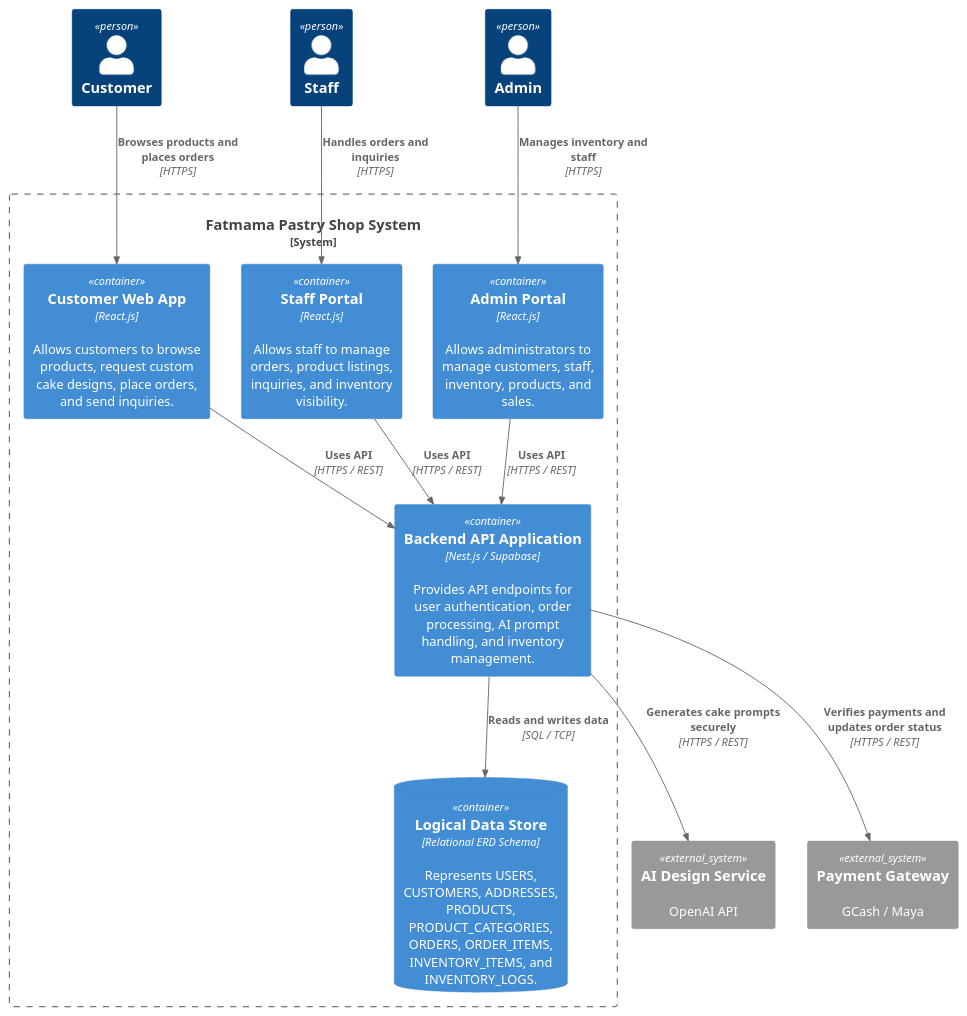
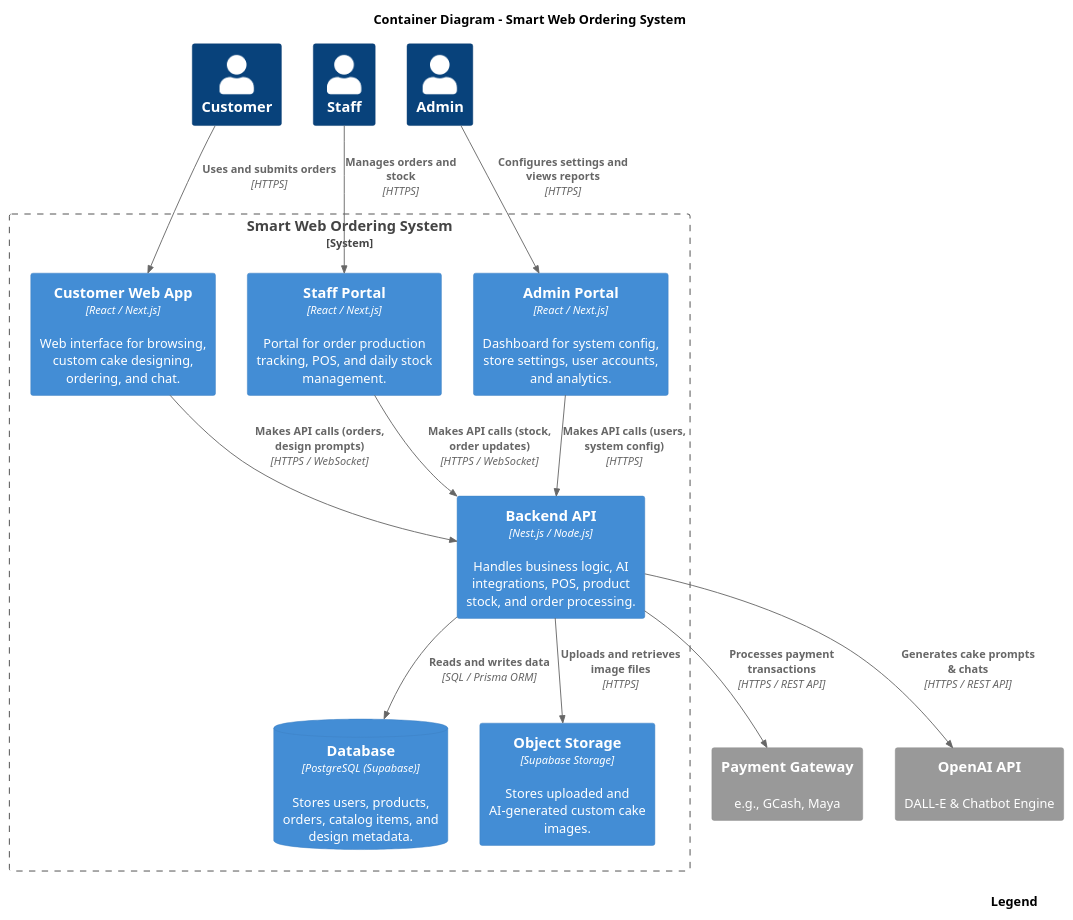
One commit to APC-SoCIT/APC-2026-2027-T1-IT241-Grp7-Smart-Web-Order-System-for-Mama-Co changed the diagram in PBL/MSYADD/CONTAINER DIAGRAM.puml. Above: the diagram before and after it, drawn with PlantUML.

Commit message:
Revise container diagram for Smart Web Ordering System
Updated the container diagram to reflect changes in the system architecture, including new containers and relationships.

```diff
--- a/PBL/MSYADD/CONTAINER DIAGRAM.puml
+++ b/PBL/MSYADD/CONTAINER DIAGRAM.puml
@@ -1,31 +1,60 @@
-@startuml ContainerDiagram
+@startuml
 !include https://raw.githubusercontent.com/plantuml-stdlib/C4-PlantUML/master/C4_Container.puml
 
-Person(customer, "Customer")
-Person(staff, "Staff")
-Person(admin, "Admin")
+LAYOUT_TOP_DOWN()
+SHOW_LEGEND()
 
-System_Boundary(c1, "Fatmama Pastry Shop System") {
-    Container(customerApp, "Customer Web App", "React.js", "Allows customers to browse products, request custom cake designs, place orders, and send inquiries.")
-    Container(staffPortal, "Staff Portal", "React.js", "Allows staff to manage orders, product listings, inquiries, and inventory visibility.")
-    Container(adminPortal, "Admin Portal", "React.js", "Allows administrators to manage customers, staff, inventory, products, and sales.")
-    Container(apiApp, "Backend API Application", "Nest.js / Supabase", "Provides API endpoints for user authentication, order processing, AI prompt handling, and inventory management.")
-    ContainerDb(logicalDb, "Logical Data Store", "Relational ERD Schema", "Represents USERS, CUSTOMERS, ADDRESSES, PRODUCTS, PRODUCT_CATEGORIES, ORDERS, ORDER_ITEMS, INVENTORY_ITEMS, and INVENTORY_LOGS.")
+title Container Diagram - Smart Web Ordering System
+
+' Actors (Top Tier)
+together {
+    Person(customer, "Customer")
+    Person(staff, "Staff")
+    Person(admin, "Admin")
 }
 
-System_Ext(aiDesign, "AI Design Service", "OpenAI API")
-System_Ext(paymentGateway, "Payment Gateway", "GCash / Maya")
+' System Boundary
+System_Boundary(smart_ordering_system, "Smart Web Ordering System") {
 
-Rel(customer, customerApp, "Browses products and places orders", "HTTPS")
-Rel(staff, staffPortal, "Handles orders and inquiries", "HTTPS")
-Rel(admin, adminPortal, "Manages inventory and staff", "HTTPS")
+    ' Front-End Containers
+    together {
+        Container(customer_web_app, "Customer Web App", "React / Next.js", "Web interface for browsing, custom cake designing, ordering, and chat.")
+        Container(staff_portal, "Staff Portal", "React / Next.js", "Portal for order production tracking, POS, and daily stock management.")
+        Container(admin_portal, "Admin Portal", "React / Next.js", "Dashboard for system config, store settings, user accounts, and analytics.")
+    }
 
-Rel(customerApp, apiApp, "Uses API", "HTTPS / REST")
-Rel(staffPortal, apiApp, "Uses API", "HTTPS / REST")
-Rel(adminPortal, apiApp, "Uses API", "HTTPS / REST")
+    ' Core Backend Container
+    Container(backend_api, "Backend API", "Nest.js / Node.js", "Handles business logic, AI integrations, POS, product stock, and order processing.")
 
-Rel(apiApp, logicalDb, "Reads and writes data", "SQL / TCP")
-Rel(apiApp, aiDesign, "Generates cake prompts securely", "HTTPS / REST")
-Rel(apiApp, paymentGateway, "Verifies payments and updates order status", "HTTPS / REST")
+    ' Storage Containers
+    together {
+        ContainerDb(database, "Database", "PostgreSQL (Supabase)", "Stores users, products, orders, catalog items, and design metadata.")
+        Container(object_storage, "Object Storage", "Supabase Storage", "Stores uploaded and AI-generated custom cake images.")
+    }
+}
+
+' External Systems
+together {
+    System_Ext(payment_gateway, "Payment Gateway", "e.g., GCash, Maya")
+    System_Ext(openai_api, "OpenAI API", "DALL-E & Chatbot Engine")
+}
+
+' Actor to Frontend Interactions
+Rel_Down(customer, customer_web_app, "Uses and submits orders", "HTTPS")
+Rel_Down(staff, staff_portal, "Manages orders and stock", "HTTPS")
+Rel_Down(admin, admin_portal, "Configures settings and views reports", "HTTPS")
+
+' Frontend to Backend Interactions
+Rel_Down(customer_web_app, backend_api, "Makes API calls (orders, design prompts)", "HTTPS / WebSocket")
+Rel_Down(staff_portal, backend_api, "Makes API calls (stock, order updates)", "HTTPS / WebSocket")
+Rel_Down(admin_portal, backend_api, "Makes API calls (users, system config)", "HTTPS")
+
+' Backend to Storage Interactions
+Rel_Down(backend_api, database, "Reads and writes data", "SQL / Prisma ORM")
+Rel_Down(backend_api, object_storage, "Uploads and retrieves image files", "HTTPS")
+
+' Backend to External Systems Interactions
+Rel_Down(backend_api, payment_gateway, "Processes payment transactions", "HTTPS / REST API")
+Rel_Down(backend_api, openai_api, "Generates cake prompts & chats", "HTTPS / REST API")
 
 @enduml
```
